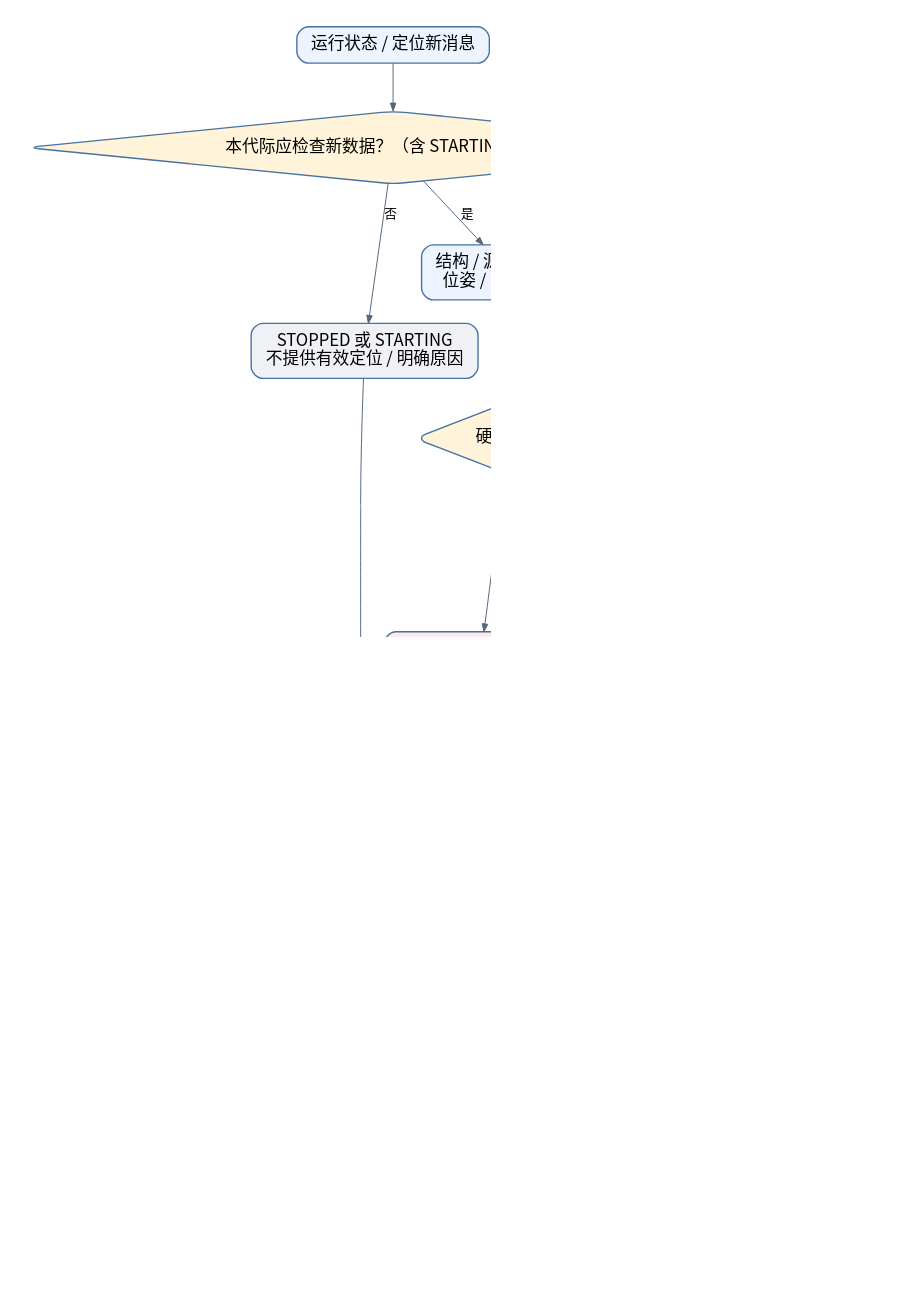
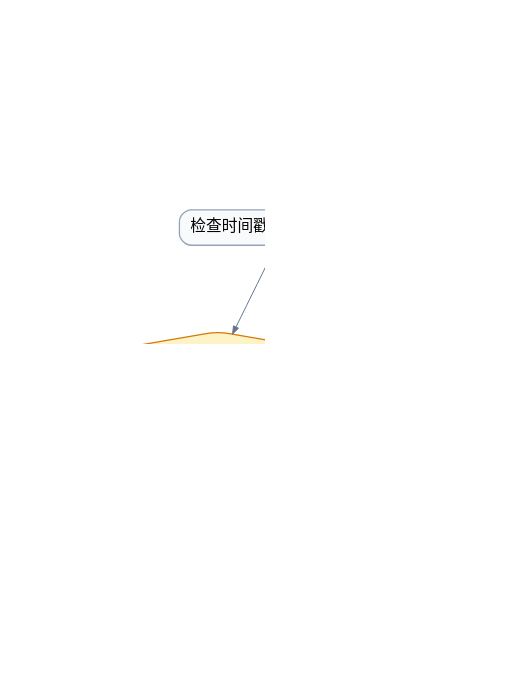
Before and after one commit to spacethroughing/Robot-Data-Health-Monitoring-Module: the diagram in FAST_LIO/doc/ros1_workspace/flowcharts/health_v2_localization_flow.dot, drawn with Graphviz. The commit also changed 41 other files, not shown here.

Commit message:
docs: simplify health monitoring diagrams and wording

```diff
--- a/FAST_LIO/doc/ros1_workspace/flowcharts/health_v2_localization_flow.dot
+++ b/FAST_LIO/doc/ros1_workspace/flowcharts/health_v2_localization_flow.dot
@@ -1,36 +1,23 @@
 digraph G {
-graph [rankdir=TB, bgcolor="white", pad="0.35", nodesep="0.5", ranksep="0.65", fontname="Noto Sans CJK SC", dpi=150];
-node [shape=box, style="rounded,filled", fillcolor="#edf4ff", color="#4771a3", penwidth=1.4, fontname="Noto Sans CJK SC", fontsize=17, margin="0.18,0.12"];
-edge [color="#53677f", fontname="Noto Sans CJK SC", fontsize=13, arrowsize=0.8];
-A [label="运行状态 / 定位新消息", fillcolor="#edf4ff", shape=box];
-B [label="本代际应检查新数据？（含 STARTING 样本）", fillcolor="#fff4d9", shape=diamond];
-N [label="STOPPED 或 STARTING\n不提供有效定位 / 明确原因", fillcolor="#eff1f4", shape=box];
-C [label="结构 / 源时间 / 坐标\n位姿 / 四元数检查", fillcolor="#edf4ff", shape=box];
-D [label="硬错误？", fillcolor="#fff4d9", shape=diamond];
-E [label="数据 ERROR\n丢弃坏基线 / 保留事件", fillcolor="#fde9e9", shape=box];
-F [label="授权重启或坐标重置？", fillcolor="#fff4d9", shape=diamond];
-R [label="新 epoch / 清派生历史\n重新收集有效连续样本", fillcolor="#eff1f4", shape=box];
-G [label="独立频率 / 接收年龄\n同帧位置与旋转协方差", fillcolor="#edf4ff", shape=box];
-H [label="同坐标连续样本足够？", fillcolor="#fff4d9", shape=diamond];
-I [label="速度/加速度 N/A\n不把未知填成零", fillcolor="#eff1f4", shape=box];
-J [label="速度向量 / 向量加速度\n四元数短弧 / 预测残差跳变", fillcolor="#edf4ff", shape=box];
-K [label="YAML 阈值 / 持续与恢复\n周期最严重事件", fillcolor="#edf4ff", shape=box];
-Z [label="模块报告 / 依赖汇总 / 日志", fillcolor="#e5f6ee", shape=box];
-A -> B;
-B -> N [label="否"];
-B -> C [label="是"];
-C -> D;
-D -> E [label="是"];
-D -> F [label="否"];
-F -> R [label="是"];
-F -> G [label="否"];
-G -> H;
-H -> I [label="否"];
-H -> J [label="是"];
-J -> K;
-N -> Z;
-E -> Z;
-R -> Z;
-I -> Z;
-K -> Z;
+  graph [rankdir=TB, bgcolor="white", pad="0.3", nodesep="0.38", ranksep="0.48", fontname="Noto Sans CJK SC", dpi=150];
+  node [shape=box, style="rounded,filled", fillcolor="#F8FAFC", color="#94A3B8", penwidth=1.3, fontname="Noto Sans CJK SC", fontsize=16, margin="0.17,0.11"];
+  edge [color="#64748B", fontname="Noto Sans CJK SC", fontsize=12, arrowsize=0.8];
+  A [label="读取定位运行状态", fillcolor="#E0F2FE", color="#0284C7"];
+  B [label="正在运行？", shape=diamond, fillcolor="#FEF3C7", color="#D97706"];
+  C [label="检查时间戳、坐标系和位姿"];
+  D [label="同一坐标系的样本足够？", shape=diamond, fillcolor="#FEF3C7", color="#D97706"];
+  E [label="检查速度、加速度、协方差和跳变"];
+  F [label="按 YAML 阈值输出\nOK / WARNING / ERROR", fillcolor="#EDE9FE", color="#7C3AED"];
+  G [label="正常停止：灰色待机\n定位暂不可用", fillcolor="#F1F5F9"];
+  H [label="显示状态并记录原因", fillcolor="#DCFCE7", color="#16A34A"];
+  I [label="样本不足：继续收集\n派生指标显示 N/A", fillcolor="#F1F5F9"];
+  A -> B;
+  B -> C [label="是"];
+  B -> G [label="否"];
+  C -> D;
+  D -> E [label="是"];
+  D -> I [label="否"];
+  E -> F -> H;
+  G -> H;
+  I -> H;
 }
```
